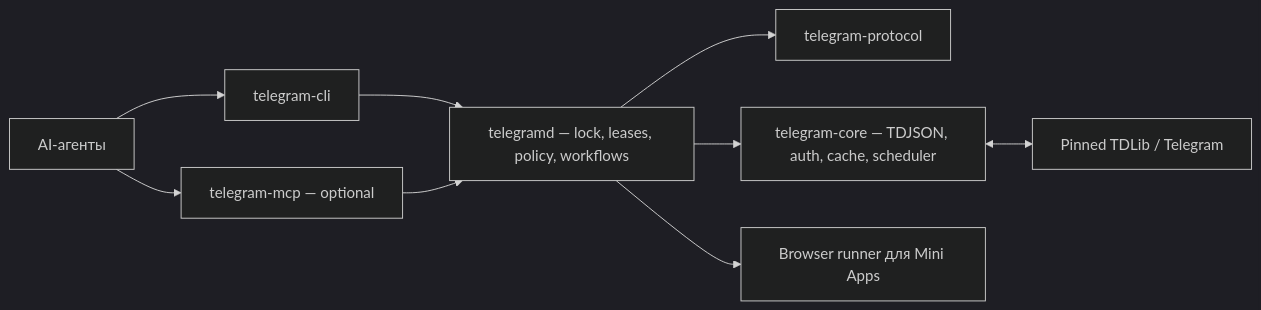
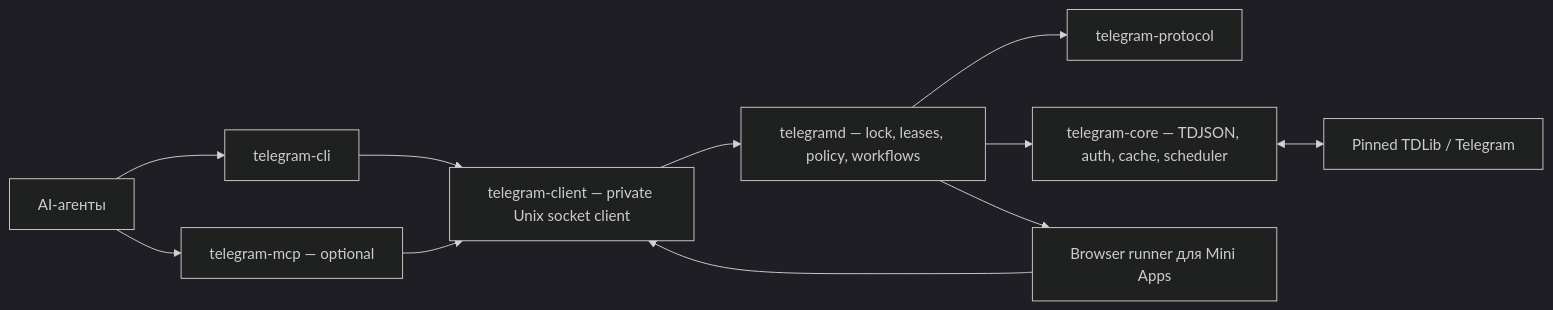
Before and after one commit to lonmstalker/telegram-cli: the diagram in plans.md, drawn with Mermaid (dark theme). The commit also changed other lines of this file and 19 other files, not shown here.

Commit message:
refactor(client): extract shared daemon socket transport

````diff
--- a/plans.md
+++ b/plans.md
@@ -64,11 +64,13 @@
 ```mermaid
 flowchart LR
   A["AI-агенты"] --> C["telegram-cli"]
   A --> M["telegram-mcp — optional"]
-  C --> D["telegramd — lock, leases, policy, workflows"]
-  M --> D
+  C --> L["telegram-client — private Unix socket client"]
+  M --> L
+  B["Browser runner для Mini Apps"] --> L
+  L --> D["telegramd — lock, leases, policy, workflows"]
   D --> P["telegram-protocol"]
   D --> K["telegram-core — TDJSON, auth, cache, scheduler"]
   K <--> T["Pinned TDLib / Telegram"]
-  D --> B["Browser runner для Mini Apps"]
+  D --> B
 ```
````
